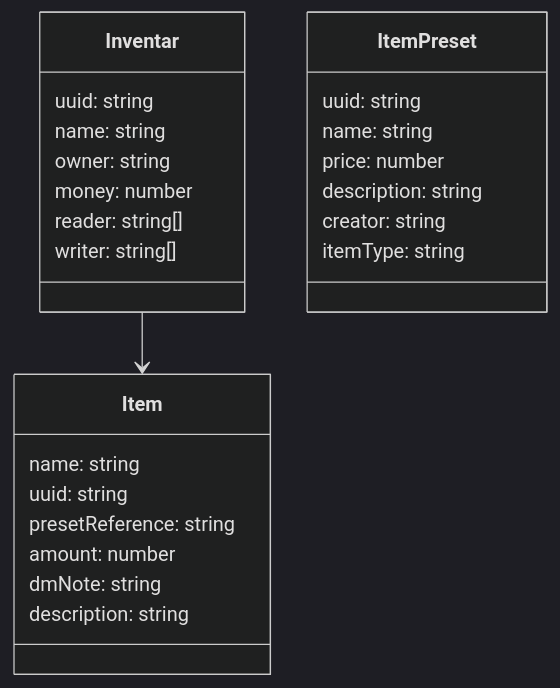
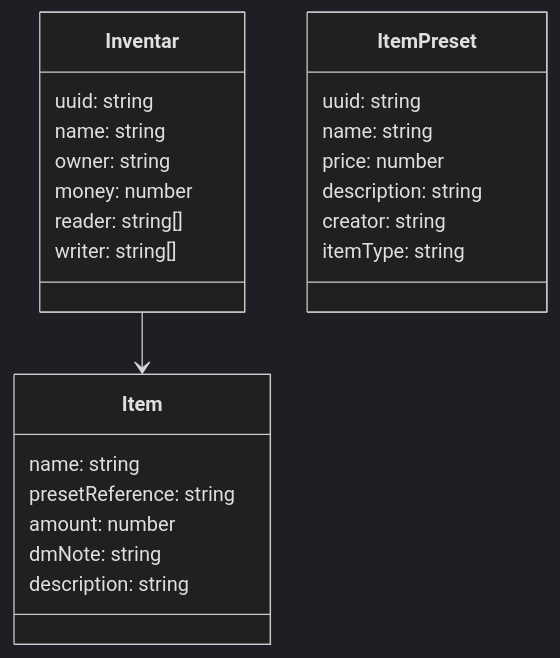
One commit to NamelessGroup/InventarWerk changed the first of 2 diagrams in README.md. Above: the diagram before and after it, drawn with Mermaid (dark theme). The commit also changed other lines of this file and 2 other files, not shown here.

````diff
--- a/README.md
+++ b/README.md
@@ -15,31 +15,30 @@
 ```mermaid
 classDiagram
     class Inventar {
         uuid: string
         name: string
         owner: string
         money: number
         reader: string[]
         writer: string[]
     }
 
     class ItemPreset {
         uuid: string
         name: string
         price: number
         description: string
         creator: string
         itemType: string
     }
 
     class Item {
         name: string
-        uuid: string
         presetReference: string
         amount: number
         dmNote: string
         description: string
     }
 
     Inventar --> Item
 ```
````
